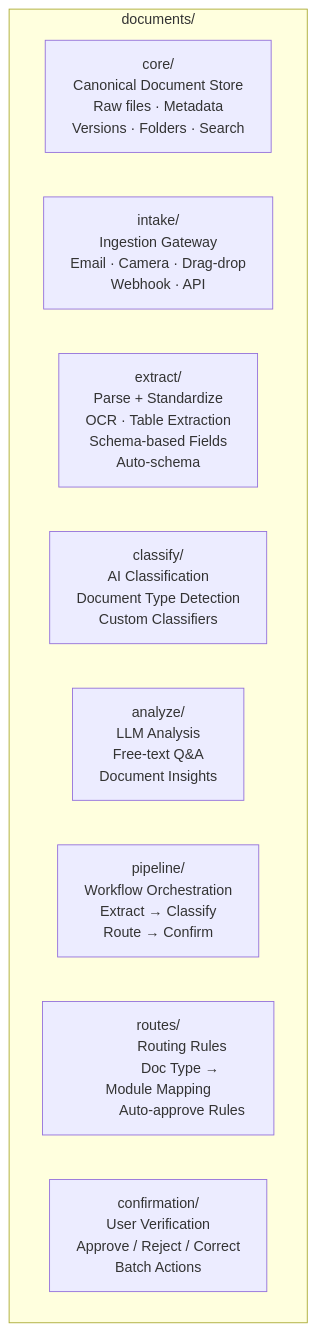
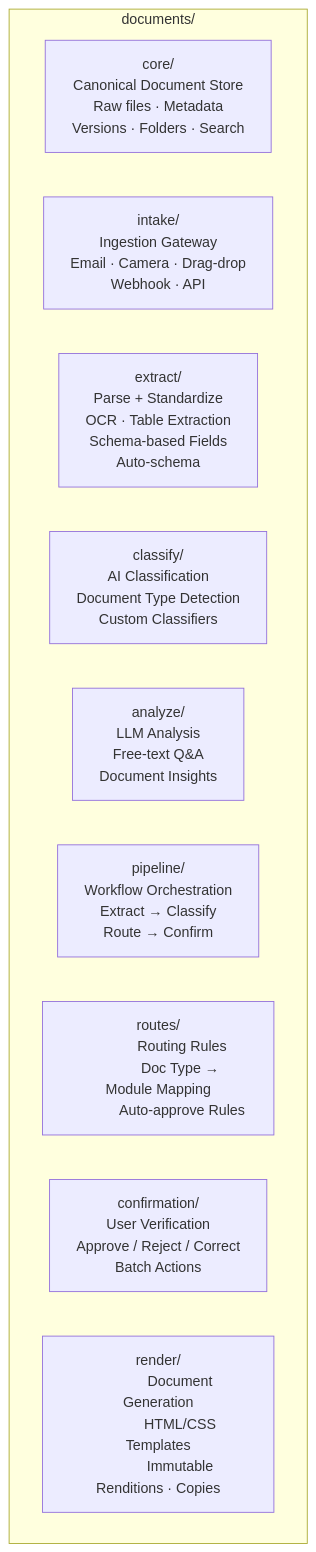
One commit to microscaler/rerp changed the first of 2 diagrams in openapi/documents/README.md. Above: the diagram before and after it, drawn with Mermaid. The commit also changed other lines of this file and 1719 other files, not shown here.

````diff
--- a/openapi/documents/README.md
+++ b/openapi/documents/README.md
@@ -25,38 +25,42 @@
 ```mermaid
 graph TD
     subgraph documents["documents/"]
         core[core/
             Canonical Document Store
             Raw files · Metadata
             Versions · Folders · Search]
         intake[intake/
             Ingestion Gateway
             Email · Camera · Drag-drop
             Webhook · API]
         extract[extract/
             Parse + Standardize
             OCR · Table Extraction
             Schema-based Fields
             Auto-schema]
         classify[classify/
             AI Classification
             Document Type Detection
             Custom Classifiers]
         analyze[analyze/
             LLM Analysis
             Free-text Q&A
             Document Insights]
         pipeline[pipeline/
             Workflow Orchestration
             Extract → Classify
             Route → Confirm]
         routes[routes/
             Routing Rules
             Doc Type → Module Mapping
             Auto-approve Rules]
         confirm[confirmation/
             User Verification
             Approve / Reject / Correct
             Batch Actions]
+        render[render/
+            Document Generation
+            HTML/CSS Templates
+            Immutable Renditions · Copies]
     end
 ```
````
